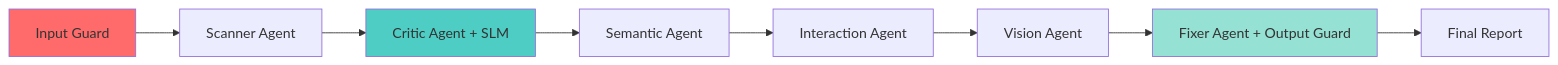
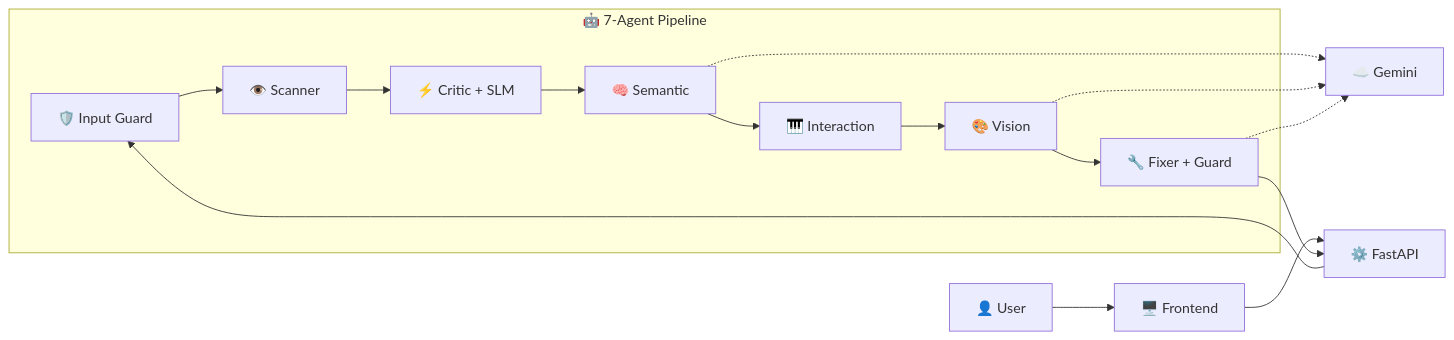
The first of 2 diagrams in README.md (arjunbhakuninewgen/EmpathAI_auditor), drawn with Mermaid before and after one commit. The commit also changed other lines of this file and 6 other files, not shown here.

Commit message:
feat: Implement initial web accessibility auditor frontend with crawling, auditing, and PDF export, and add backend environment configuration and core graph/DOM scanning modules.

````diff
--- a/README.md
+++ b/README.md
@@ -34,14 +29,20 @@
 ```mermaid
-graph LR
-    A[Input Guard] --> B[Scanner Agent]
-    B --> C[Critic Agent + SLM]
-    C --> D[Semantic Agent]
-    D --> E[Interaction Agent]
-    E --> F[Vision Agent]
-    F --> G[Fixer Agent + Output Guard]
-    G --> H[Final Report]
+flowchart LR
+    subgraph Agents["🤖 7-Agent Pipeline"]
+        A1[🛡️ Input Guard] --> A2[👁️ Scanner]
+        A2 --> A3[⚡ Critic + SLM]
+        A3 --> A4[🧠 Semantic]
+        A4 --> A5[🎹 Interaction]
+        A5 --> A6[🎨 Vision]
+        A6 --> A7[🔧 Fixer + Guard]
+    end
     
-    style A fill:#ff6b6b
-    style C fill:#4ecdc4
-    style G fill:#95e1d3
+    U[👤 User] --> F[🖥️ Frontend]
+    F --> API[⚙️ FastAPI]
+    API --> A1
+    A7 --> API
+    
+    A4 -.-> G[☁️ Gemini]
+    A6 -.-> G
+    A7 -.-> G
 ```
````
